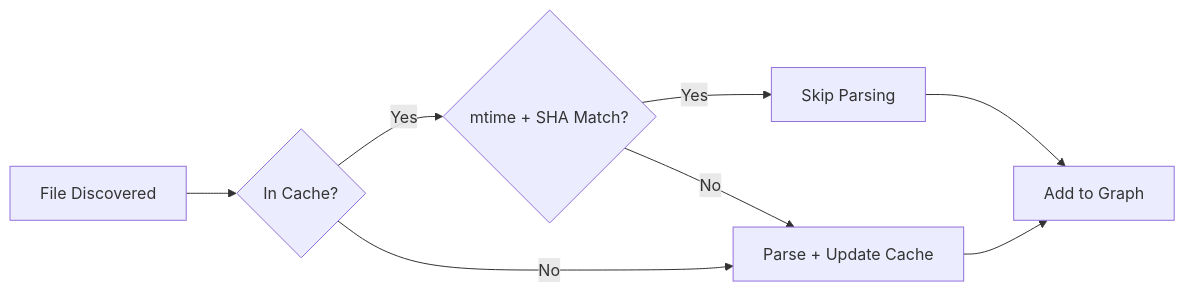
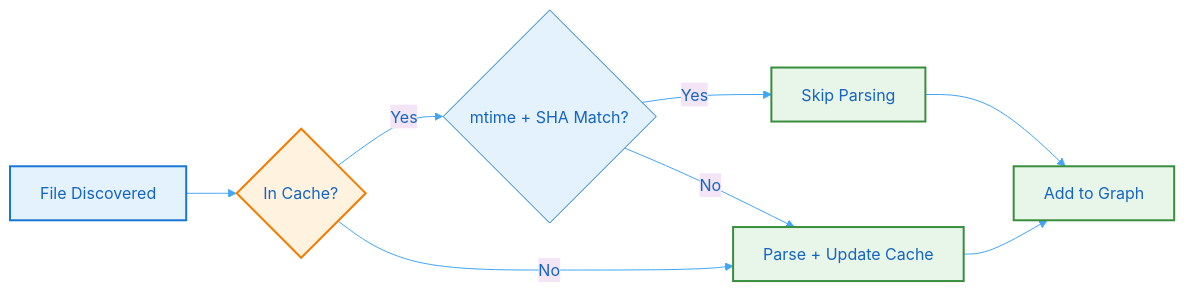
One commit to sageoz/Batho changed the diagram in docs-site/docs/whitepaper/performance.md. Above: the diagram before and after it, drawn with Mermaid. The commit also changed other lines of this file and 31 other files, not shown here.

````diff
--- a/docs-site/docs/whitepaper/performance.md
+++ b/docs-site/docs/whitepaper/performance.md
@@ -45,10 +45,17 @@
 ```mermaid
+%%{init: {'theme': 'base', 'themeVariables': { 'primaryColor': '#e3f2fd', 'primaryTextColor': '#1565c0', 'primaryBorderColor': '#1976d2', 'lineColor': '#42a5f5', 'secondaryColor': '#f3e5f5', 'tertiaryColor': '#e8f5e9'}}}%%
 flowchart LR
     A[File Discovered] --> B{In Cache?}
     B -->|Yes| C{mtime + SHA Match?}
     C -->|Yes| D[Skip Parsing]
     C -->|No| E[Parse + Update Cache]
     B -->|No| E
     D --> F[Add to Graph]
     E --> F
+
+    style A fill:#e3f2fd,stroke:#1976d2,stroke-width:2px
+    style B fill:#fff3e0,stroke:#f57c00,stroke-width:2px
+    style D fill:#e8f5e9,stroke:#388e3c,stroke-width:2px
+    style E fill:#e8f5e9,stroke:#388e3c,stroke-width:2px
+    style F fill:#e8f5e9,stroke:#388e3c,stroke-width:2px
 ```
````
